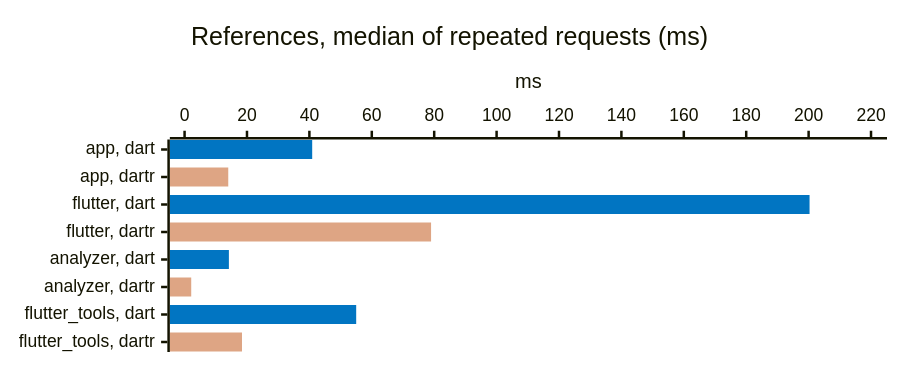
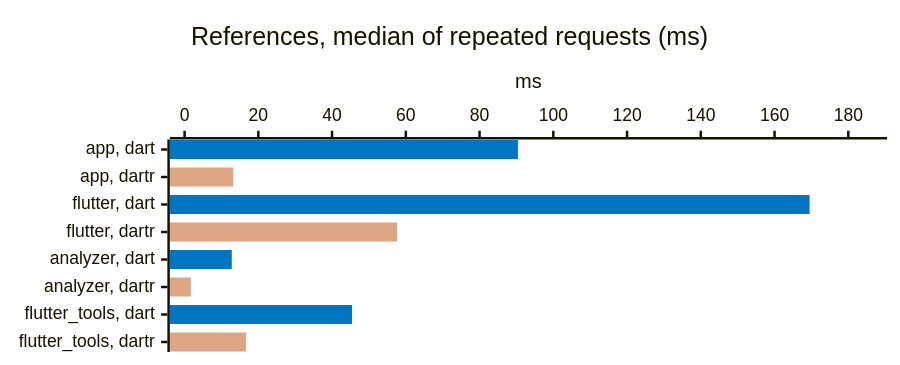
The seventh of 14 diagrams in docs/BENCHMARKS.md (orestesgaolin/dartr), drawn with Mermaid before and after one commit. The commit also changed other lines of this file and 1 other file, not shown here.

Commit message:
docs(bench): results after CPU round 5 and the plugin fix; charts updated

````diff
--- a/docs/BENCHMARKS.md
+++ b/docs/BENCHMARKS.md
@@ -133,17 +133,17 @@
 ```mermaid
 ---
 config:
   xyChart:
     height: 272
   themeVariables:
     xyChart:
       plotColorPalette: "#0175C2, #DEA584"
 ---
 xychart-beta horizontal
     %% -100 = no bar: one series per measurement gives each its own color
     title "References, median of repeated requests (ms)"
     x-axis ["app, dart", "app, dartr", "flutter, dart", "flutter, dartr", "analyzer, dart", "analyzer, dartr", "flutter_tools, dart", "flutter_tools, dartr"]
-    y-axis "ms" 0 --> 220.4
-    bar [40.9, -100, 200.3, -100, 14.2, -100, 55.0, -100]
-    bar [-100, 14.0, -100, 79.0, -100, 2.13, -100, 18.4]
+    y-axis "ms" 0 --> 186.5
+    bar [90.4, -100, 169.5, -100, 12.8, -100, 45.4, -100]
+    bar [-100, 13.2, -100, 57.6, -100, 1.7, -100, 16.7]
 ```
````
